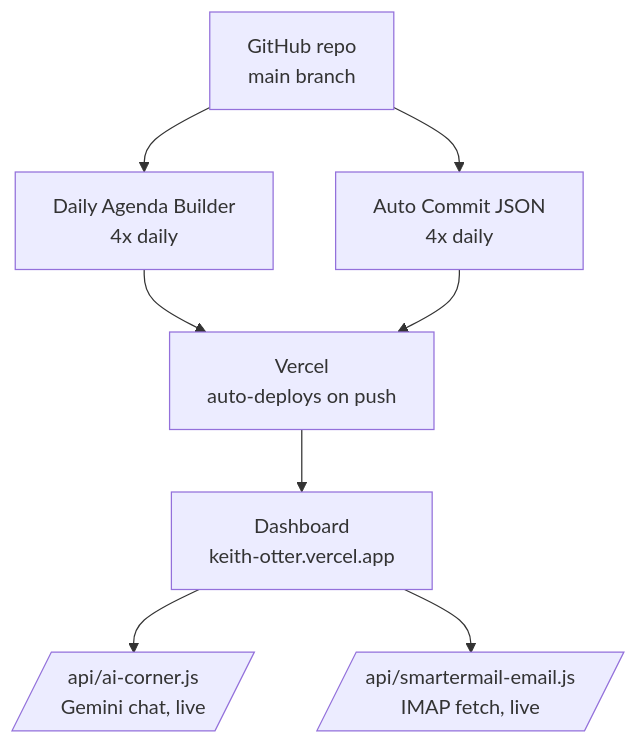
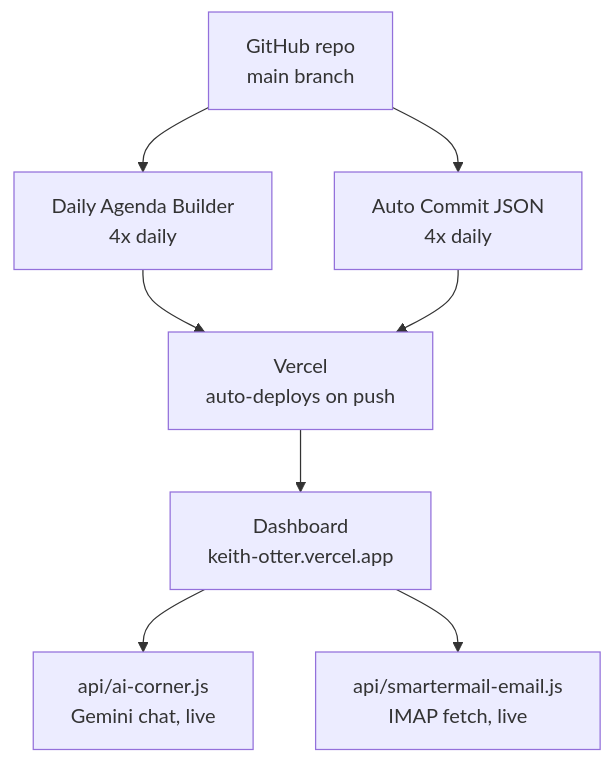
The diagram in README.md (mathew1960/Keith-Otter), drawn with Mermaid before and after one commit.

Commit message:
Fix formatting and quotes in README.md
Updated quotes in the architecture section and corrected formatting.

````diff
--- a/README.md
+++ b/README.md
@@ -33,18 +33,18 @@
 ```mermaid
 flowchart TD
-    A[GitHub repo<br/>main branch]
-    B[Daily Agenda Builder<br/>4x daily]
-    C[Auto Commit JSON<br/>4x daily]
-    D[Vercel<br/>auto-deploys on push]
-    E[Dashboard<br/>keith-otter.vercel.app]
-    F[/api/ai-corner.js<br/>Gemini chat, live/]
-    G[/api/smartermail-email.js<br/>IMAP fetch, live/]
+    A["GitHub repo<br/>main branch"]
+    B["Daily Agenda Builder<br/>4x daily"]
+    C["Auto Commit JSON<br/>4x daily"]
+    D["Vercel<br/>auto-deploys on push"]
+    E["Dashboard<br/>keith-otter.vercel.app"]
+    F["api/ai-corner.js<br/>Gemini chat, live"]
+    G["api/smartermail-email.js<br/>IMAP fetch, live"]
 
     A --> B
     A --> C
     B --> D
     C --> D
     D --> E
     E --> F
     E --> G
 ```
````
